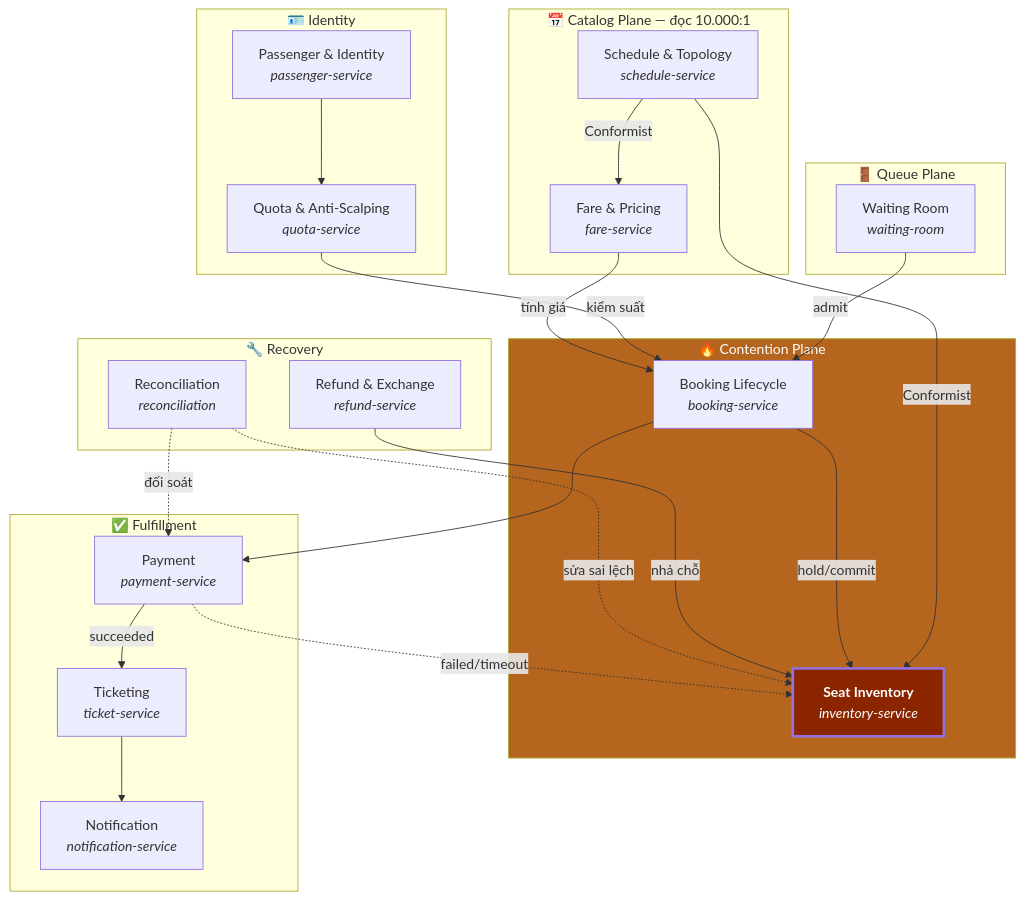
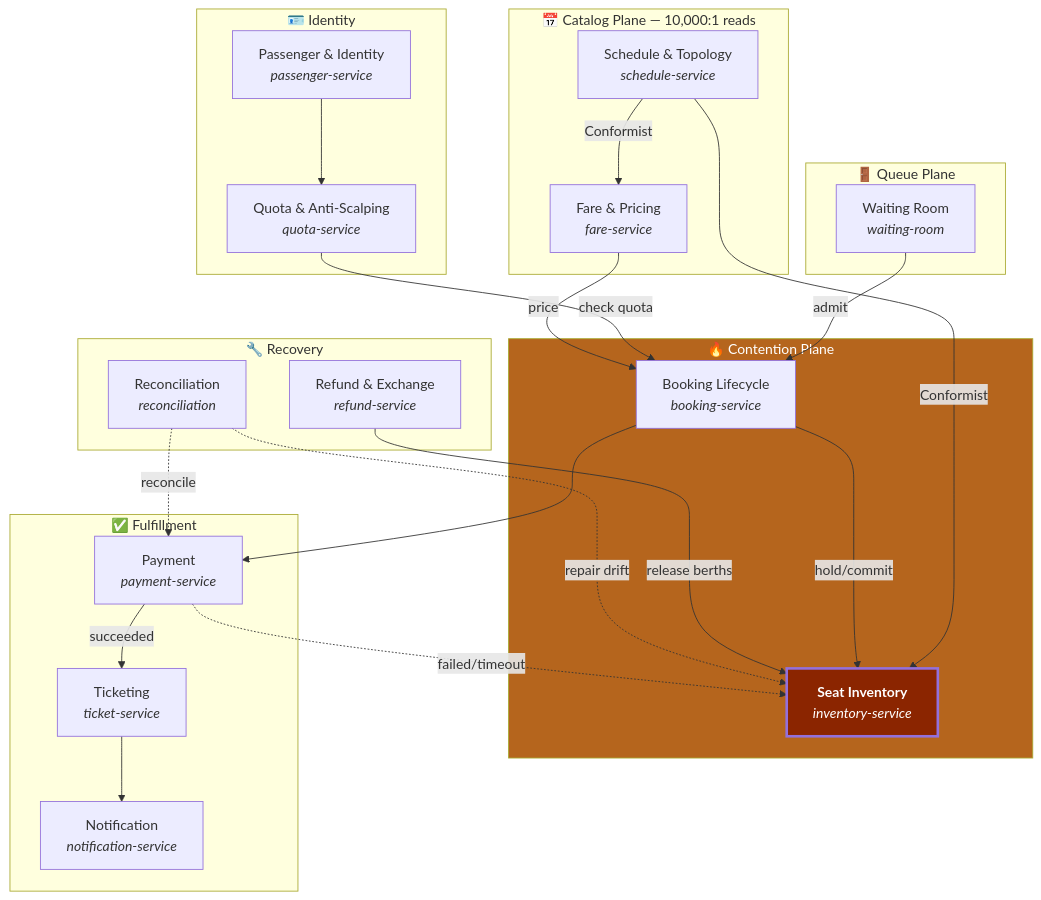
The diagram in docs/01-domain-model.md (AndreNguyen03/rail-ticketing-v1), drawn with Mermaid before and after one commit. The commit also changed other lines of this file and 5 other files, not shown here.

````diff
--- a/docs/01-domain-model.md
+++ b/docs/01-domain-model.md
@@ -130,50 +130,50 @@
 ```mermaid
 graph TB
     subgraph QUEUE["🚪 Queue Plane"]
         WR["Waiting Room<br/><i>waiting-room</i>"]
     end
 
     subgraph IDENTITY["🪪 Identity"]
         ID["Passenger & Identity<br/><i>passenger-service</i>"]
         QT["Quota & Anti-Scalping<br/><i>quota-service</i>"]
     end
 
-    subgraph CATALOG["📅 Catalog Plane — đọc 10.000:1"]
+    subgraph CATALOG["📅 Catalog Plane — 10,000:1 reads"]
         SCH["Schedule & Topology<br/><i>schedule-service</i>"]
         FAR["Fare & Pricing<br/><i>fare-service</i>"]
     end
 
     subgraph CONTENTION["🔥 Contention Plane"]
         INV["<b>Seat Inventory</b><br/><i>inventory-service</i>"]
         BKG["Booking Lifecycle<br/><i>booking-service</i>"]
     end
 
     subgraph FULFIL["✅ Fulfillment"]
         PAY["Payment<br/><i>payment-service</i>"]
         TKT["Ticketing<br/><i>ticket-service</i>"]
         NOT["Notification<br/><i>notification-service</i>"]
     end
 
     subgraph RECOVERY["🔧 Recovery"]
         REF["Refund & Exchange<br/><i>refund-service</i>"]
         REC["Reconciliation<br/><i>reconciliation</i>"]
     end
 
     WR -->|admit| BKG
     ID --> QT
-    QT -->|kiểm suất| BKG
+    QT -->|check quota| BKG
     SCH -->|Conformist| INV
     SCH -->|Conformist| FAR
     BKG -->|hold/commit| INV
-    FAR -->|tính giá| BKG
+    FAR -->|price| BKG
     BKG --> PAY
     PAY -->|succeeded| TKT
     PAY -.->|failed/timeout| INV
     TKT --> NOT
-    REF -->|nhả chỗ| INV
-    REC -.->|sửa sai lệch| INV
-    REC -.->|đối soát| PAY
+    REF -->|release berths| INV
+    REC -.->|repair drift| INV
+    REC -.->|reconcile| PAY
 
     style CONTENTION fill:#b5651d,color:#fff
     style INV fill:#8b2500,color:#fff,stroke-width:3px
 ```
````
